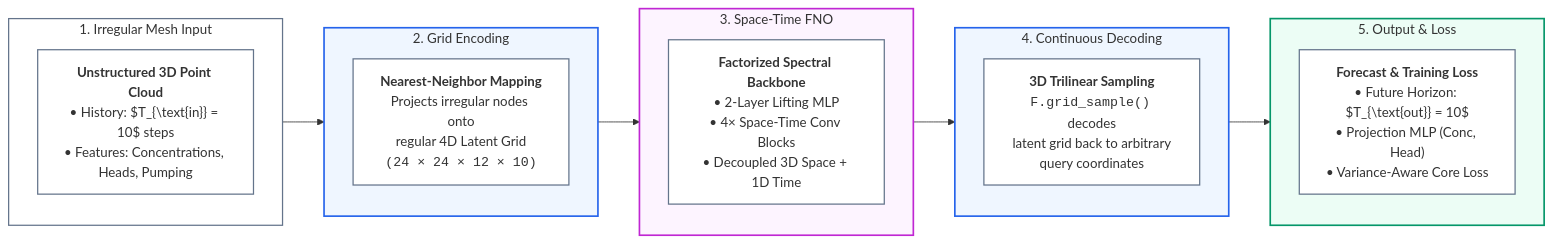
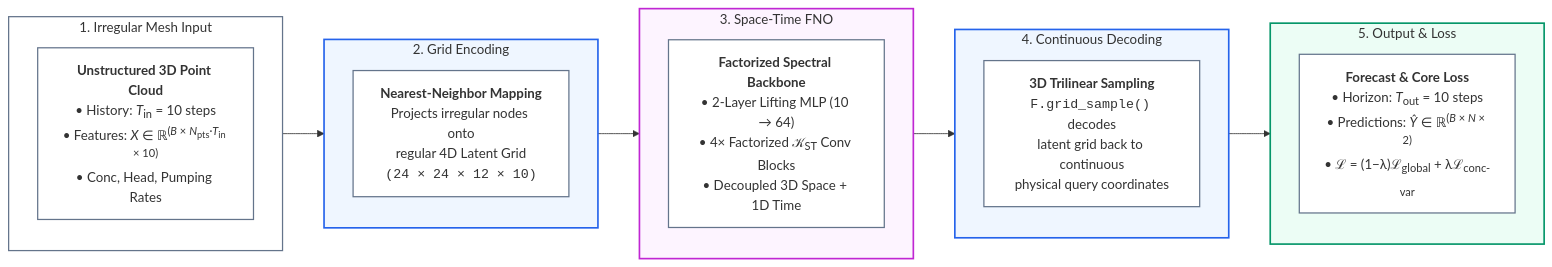
Before and after one commit to arpit-kapoor/GW_SciML: the first of 3 diagrams in docs/space_time_fno_overview.md, drawn with Mermaid. The commit also changed other lines of this file and 1 other file, not shown here.

Commit message:
docs: update technical documentation with refined loss formulations and detailed Mermaid diagrams for FNO architecture and variance-aware training.

````diff
--- a/docs/space_time_fno_overview.md
+++ b/docs/space_time_fno_overview.md
@@ -11,39 +11,39 @@
 ```mermaid
 flowchart LR
     subgraph INPUT ["1. Irregular Mesh Input"]
         direction TB
-        in_pts["<b>Unstructured 3D Point Cloud</b><br/>• History: $T_{\text{in}} = 10$ steps<br/>• Features: Concentrations, Heads, Pumping"]
+        in_pts["<b>Unstructured 3D Point Cloud</b><br/>• History: <i>T</i><sub>in</sub> = 10 steps<br/>• Features: <i>X</i> ∈ ℝ<sup>(<i>B</i> × <i>N</i><sub>pts</sub>·<i>T</i><sub>in</sub> × 10)</sup><br/>• Conc, Head, Pumping Rates"]
     end
 
     subgraph ENCODE ["2. Grid Encoding"]
         direction TB
         enc["<b>Nearest-Neighbor Mapping</b><br/>Projects irregular nodes onto<br/>regular 4D Latent Grid<br/><code>(24 × 24 × 12 × 10)</code>"]
     end
 
     subgraph BACKBONE ["3. Space-Time FNO"]
         direction TB
-        fno["<b>Factorized Spectral Backbone</b><br/>• 2-Layer Lifting MLP<br/>• 4× Space-Time Conv Blocks<br/>• Decoupled 3D Space + 1D Time"]
+        fno["<b>Factorized Spectral Backbone</b><br/>• 2-Layer Lifting MLP (10 → 64)<br/>• 4× Factorized 𝒦<sub>ST</sub> Conv Blocks<br/>• Decoupled 3D Space + 1D Time"]
     end
 
     subgraph DECODE ["4. Continuous Decoding"]
         direction TB
-        dec["<b>3D Trilinear Sampling</b><br/><code>F.grid_sample()</code> decodes<br/>latent grid back to arbitrary<br/>query coordinates"]
+        dec["<b>3D Trilinear Sampling</b><br/><code>F.grid_sample()</code> decodes<br/>latent grid back to continuous<br/>physical query coordinates"]
     end
 
     subgraph OUTPUT ["5. Output & Loss"]
         direction TB
-        out["<b>Forecast & Training Loss</b><br/>• Future Horizon: $T_{\text{out}} = 10$<br/>• Projection MLP (Conc, Head)<br/>• Variance-Aware Core Loss"]
+        out["<b>Forecast & Core Loss</b><br/>• Horizon: <i>T</i><sub>out</sub> = 10 steps<br/>• Predictions: <i>Ŷ</i> ∈ ℝ<sup>(<i>B</i> × <i>N</i> × 2)</sup><br/>• ℒ = (1−λ)ℒ<sub>global</sub> + λℒ<sub>conc-var</sub>"]
     end
 
     INPUT --> ENCODE --> BACKBONE --> DECODE --> OUTPUT
 
     classDef default fill:#ffffff,stroke:#64748b,stroke-width:1.5px;
     classDef highlight fill:#eff6ff,stroke:#2563eb,stroke-width:2px;
     classDef accent fill:#fdf4ff,stroke:#c026d3,stroke-width:2px;
     classDef success fill:#ecfdf5,stroke:#059669,stroke-width:2px;
 
     class INPUT default;
     class ENCODE,DECODE highlight;
     class BACKBONE accent;
     class OUTPUT success;
 ```
````
